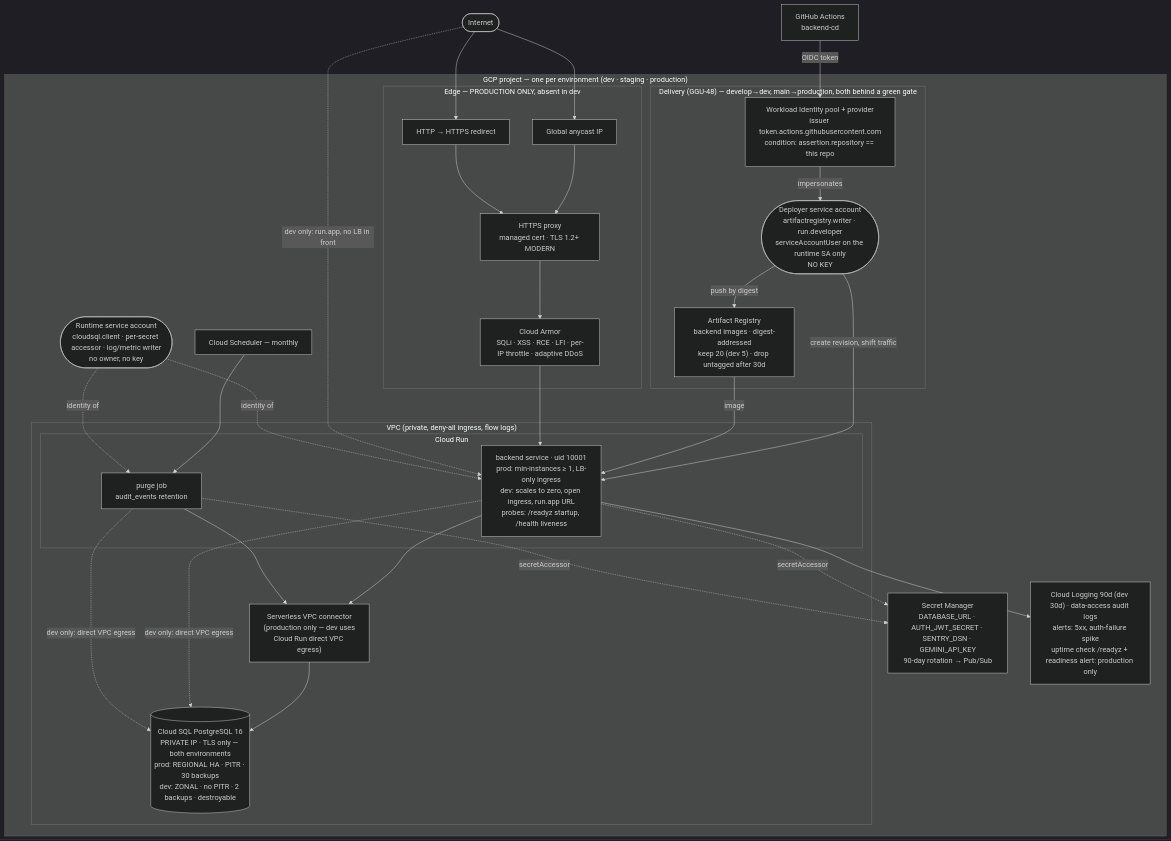
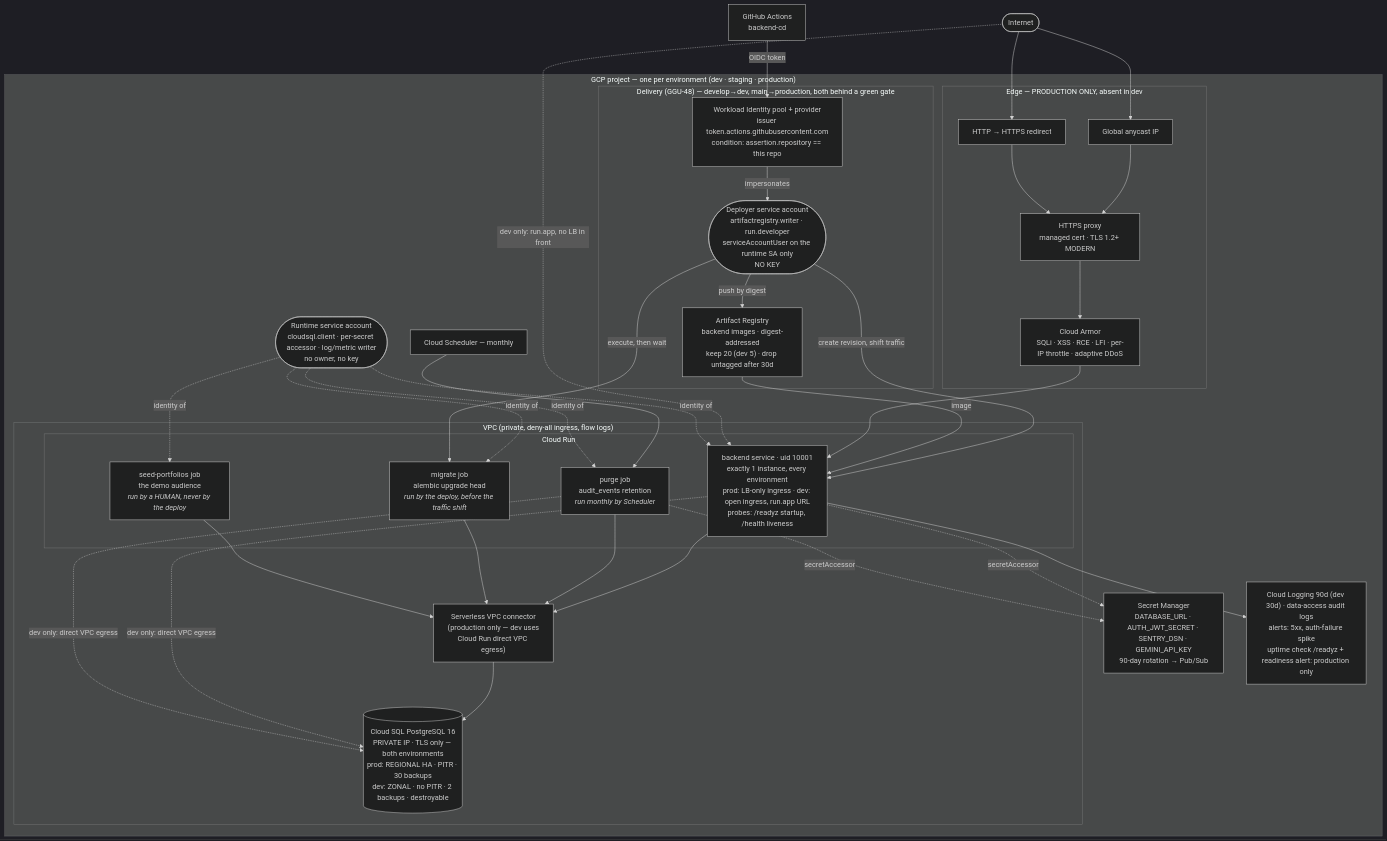
Before and after one commit to somnio-projects/finance-google-a2ui: the diagram in docs/diagrams/08-infrastructure.md, drawn with Mermaid (dark theme). The commit also changed other lines of this file and 1346 other files, not shown here.

````diff
--- a/docs/diagrams/08-infrastructure.md
+++ b/docs/diagrams/08-infrastructure.md
@@ -17,8 +17,10 @@
         subgraph vpc["VPC (private, deny-all ingress, flow logs)"]
             conn["Serverless VPC connector<br/>(production only — dev uses<br/>Cloud Run direct VPC egress)"]
             subgraph runtime["Cloud Run"]
-                svc["backend service · uid 10001<br/>prod: min-instances ≥ 1, LB-only ingress<br/>dev: scales to zero, open ingress, run.app URL<br/>probes: /readyz startup, /health liveness"]
-                job["purge job<br/>audit_events retention"]
+                svc["backend service · uid 10001<br/>exactly 1 instance, every environment<br/>prod: LB-only ingress · dev: open ingress, run.app URL<br/>probes: /readyz startup, /health liveness"]
+                job["purge job<br/>audit_events retention<br/><i>run monthly by Scheduler</i>"]
+                mig["migrate job<br/>alembic upgrade head<br/><i>run by the deploy, before the traffic shift</i>"]
+                seed["seed-portfolios job<br/>the demo audience<br/><i>run by a HUMAN, never by the deploy</i>"]
             end
             sql[("Cloud SQL PostgreSQL 16<br/>PRIVATE IP · TLS only — both environments<br/>prod: REGIONAL HA · PITR · 30 backups<br/>dev: ZONAL · no PITR · 2 backups · destroyable")]
         end
@@ -46,11 +48,16 @@
     svc -. "dev only: direct VPC egress" .-> sql
     sched --> job --> conn
     job -. "dev only: direct VPC egress" .-> sql
+    mig --> conn
+    seed --> conn
     svc -. "secretAccessor" .-> sm
     job -. "secretAccessor" .-> sm
     svc --> obs
     sa -.->|"identity of"| svc
     sa -.->|"identity of"| job
+    sa -.->|"identity of"| mig
+    sa -.->|"identity of"| seed
+    dsa -->|"execute, then wait"| mig
 
     %% Everything here is Terraform: infra/{network,database,secrets,iam,run,edge,observability,delivery}.tf
     %% trivy config: 0 misconfigurations. Apply is GGU-29.
@@ -61,4 +68,26 @@
     %% are identical in every environment: dev gives up durability, not privacy.
     %% The deployer can publish an image and create a revision. It cannot read
     %% a secret, reach the database, or act as any other identity.
+    %% THREE jobs, three triggers, and the third one is the point: the purge
+    %% is a monthly Scheduler, the migration is executed by the deploy before
+    %% traffic moves, and `seed-portfolios` (spec backend/0035 §4.1) is run by
+    %% a person — `gcloud run jobs execute … --args=a@x,b@y`. Nothing schedules
+    %% it and `deploy_cloud_run.sh` never NAMES it, which
+    %% infra/scripts/tests/test_dev_environment.sh asserts over the script's
+    %% code: deciding who gets a portfolio is not a thing a deploy should do on
+    %% its own, and a deploy that quietly reseeded an account mid-rehearsal
+    %% would be data loss with a green checkmark. Its audience is `args`, not
+    %% an env var, precisely so one execution can override it.
+    %% WHO RUNS a job and WHICH BUILD it runs are different questions, and
+    %% conflating them cost two of these three jobs their image (spec
+    %% infra/0004). All three now carry `image-owner=delivery`, and the deploy
+    %% points every labelled job at the digest it just released — including the
+    %% two it never executes. Terraform keeps the shape and ignores the image;
+    %% without that an apply would put `var.backend_image` back, which on dev
+    %% is the floating `:latest` tag.
+    %% ONE instance is not a cost choice: the rate limiter and the feature-flag
+    %% cache count in process memory, so the documented per-principal limit only
+    %% holds while one process serves the traffic (ADR-F D-9, GGU-83). Raising
+    %% max_instances turns test_rate_limit_ceiling.sh red on purpose. Session and
+    %% portfolio state are in Cloud SQL and do NOT need the pin.
 ```
````
